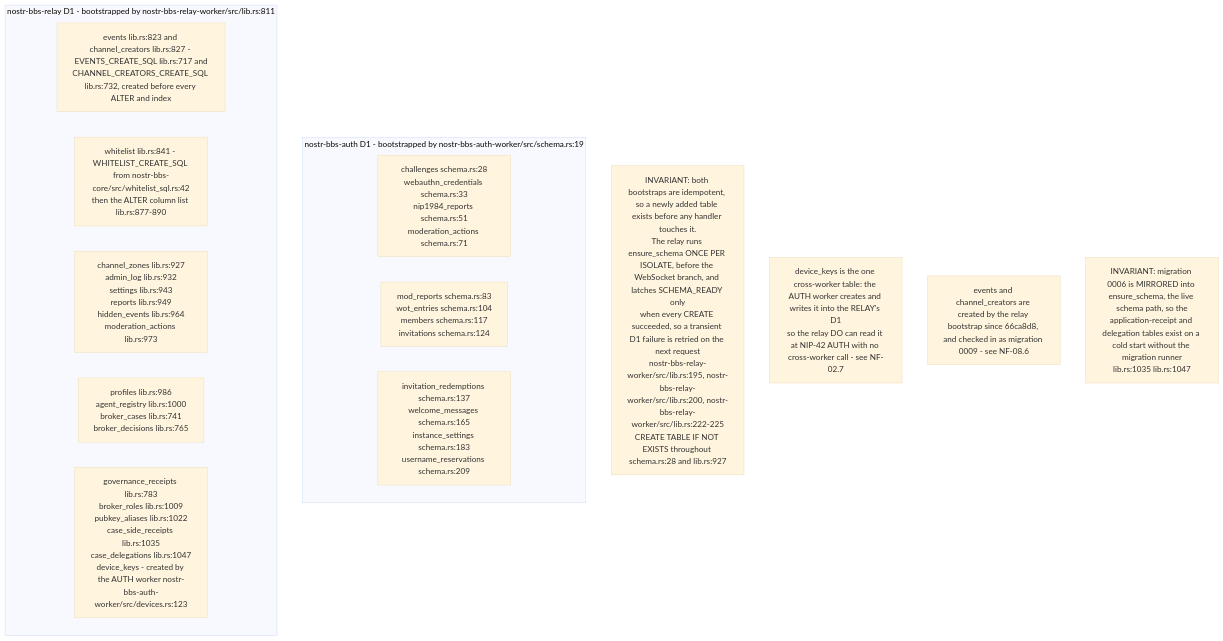
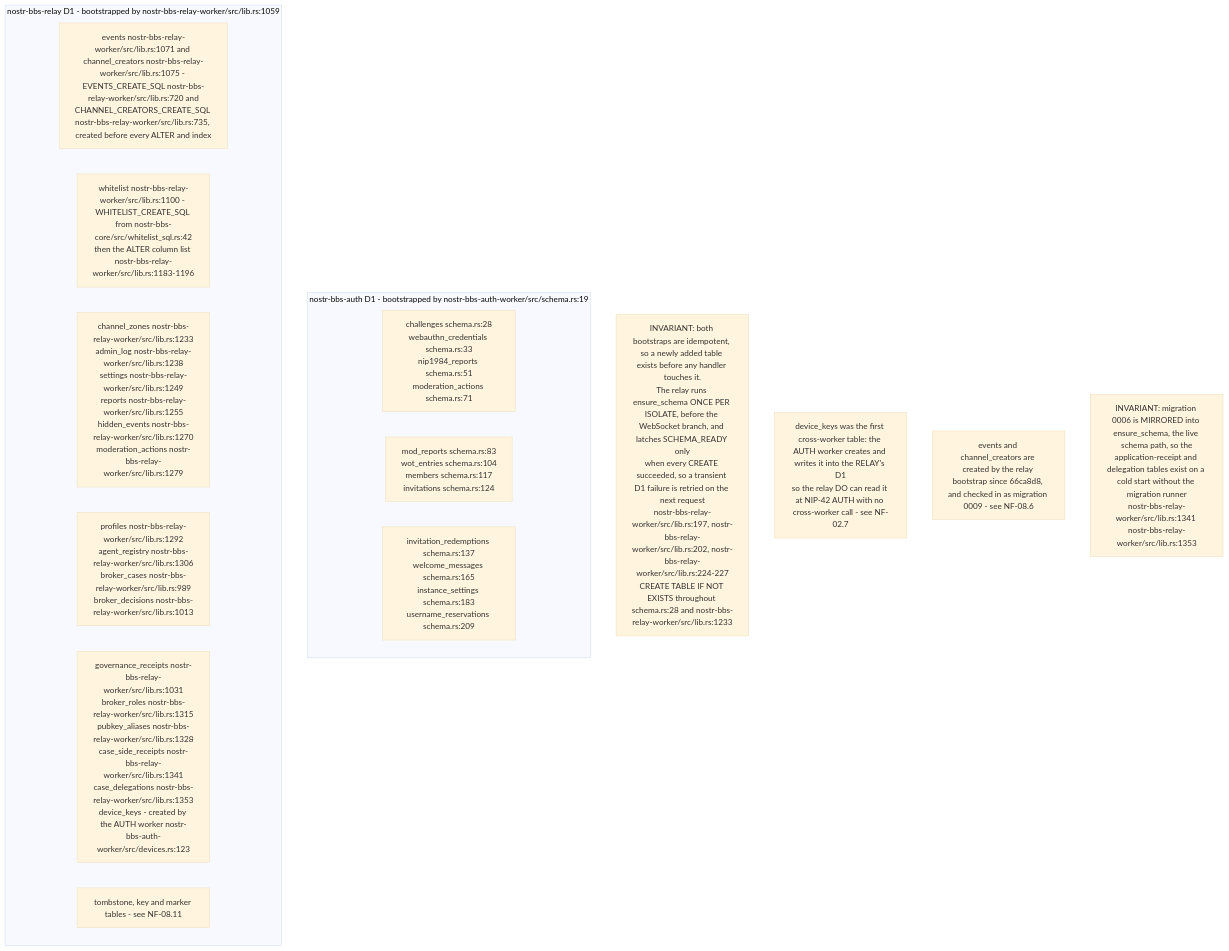
One commit to DreamLab-AI/VisionFlow changed the fifth of 11 diagrams in docs/diagrams/nostr-rust-forum/08-config-zones-stores-and-admin-authority.md. Above: the diagram before and after it, drawn with Mermaid (base theme). The commit also changed other lines of this file and 1 other file, not shown here.

First line of the commit message:
docs(diagrams): NF-08 and NF-25 re-verified at nostr-rust-forum af4f0d5

````diff
--- a/docs/diagrams/nostr-rust-forum/08-config-zones-stores-and-admin-authority.md
+++ b/docs/diagrams/nostr-rust-forum/08-config-zones-stores-and-admin-authority.md
@@ -175,20 +184,21 @@
 ```mermaid
 flowchart TB
     subgraph authd1["nostr-bbs-auth D1 - bootstrapped by nostr-bbs-auth-worker/src/schema.rs:19"]
         A1["challenges schema.rs:28<br/>webauthn_credentials schema.rs:33<br/>nip1984_reports schema.rs:51<br/>moderation_actions schema.rs:71"]
         A2["mod_reports schema.rs:83<br/>wot_entries schema.rs:104<br/>members schema.rs:117<br/>invitations schema.rs:124"]
         A3["invitation_redemptions schema.rs:137<br/>welcome_messages schema.rs:165<br/>instance_settings schema.rs:183<br/>username_reservations schema.rs:209"]
     end
-    subgraph relayd1["nostr-bbs-relay D1 - bootstrapped by nostr-bbs-relay-worker/src/lib.rs:811"]
-        RE["events lib.rs:823 and channel_creators lib.rs:827 - EVENTS_CREATE_SQL lib.rs:717 and<br/>CHANNEL_CREATORS_CREATE_SQL lib.rs:732, created before every ALTER and index"]
-        R0["whitelist lib.rs:841 - WHITELIST_CREATE_SQL from nostr-bbs-core/src/whitelist_sql.rs:42<br/>then the ALTER column list lib.rs:877-890"]
-        R1["channel_zones lib.rs:927<br/>admin_log lib.rs:932<br/>settings lib.rs:943<br/>reports lib.rs:949<br/>hidden_events lib.rs:964<br/>moderation_actions lib.rs:973"]
-        R2["profiles lib.rs:986<br/>agent_registry lib.rs:1000<br/>broker_cases lib.rs:741<br/>broker_decisions lib.rs:765"]
-        R3["governance_receipts lib.rs:783<br/>broker_roles lib.rs:1009<br/>pubkey_aliases lib.rs:1022<br/>case_side_receipts lib.rs:1035<br/>case_delegations lib.rs:1047<br/>device_keys - created by the AUTH worker nostr-bbs-auth-worker/src/devices.rs:123"]
+    subgraph relayd1["nostr-bbs-relay D1 - bootstrapped by nostr-bbs-relay-worker/src/lib.rs:1059"]
+        RE["events nostr-bbs-relay-worker/src/lib.rs:1071 and channel_creators nostr-bbs-relay-worker/src/lib.rs:1075 - EVENTS_CREATE_SQL nostr-bbs-relay-worker/src/lib.rs:720 and<br/>CHANNEL_CREATORS_CREATE_SQL nostr-bbs-relay-worker/src/lib.rs:735, created before every ALTER and index"]
+        R0["whitelist nostr-bbs-relay-worker/src/lib.rs:1100 - WHITELIST_CREATE_SQL from nostr-bbs-core/src/whitelist_sql.rs:42<br/>then the ALTER column list nostr-bbs-relay-worker/src/lib.rs:1183-1196"]
+        R1["channel_zones nostr-bbs-relay-worker/src/lib.rs:1233<br/>admin_log nostr-bbs-relay-worker/src/lib.rs:1238<br/>settings nostr-bbs-relay-worker/src/lib.rs:1249<br/>reports nostr-bbs-relay-worker/src/lib.rs:1255<br/>hidden_events nostr-bbs-relay-worker/src/lib.rs:1270<br/>moderation_actions nostr-bbs-relay-worker/src/lib.rs:1279"]
+        R2["profiles nostr-bbs-relay-worker/src/lib.rs:1292<br/>agent_registry nostr-bbs-relay-worker/src/lib.rs:1306<br/>broker_cases nostr-bbs-relay-worker/src/lib.rs:989<br/>broker_decisions nostr-bbs-relay-worker/src/lib.rs:1013"]
+        R3["governance_receipts nostr-bbs-relay-worker/src/lib.rs:1031<br/>broker_roles nostr-bbs-relay-worker/src/lib.rs:1315<br/>pubkey_aliases nostr-bbs-relay-worker/src/lib.rs:1328<br/>case_side_receipts nostr-bbs-relay-worker/src/lib.rs:1341<br/>case_delegations nostr-bbs-relay-worker/src/lib.rs:1353<br/>device_keys - created by the AUTH worker nostr-bbs-auth-worker/src/devices.rs:123"]
+        R4["tombstone, key and marker tables - see NF-08.11"]
     end
 
-    N1["INVARIANT: both bootstraps are idempotent, so a newly added table exists before any handler touches it.<br/>The relay runs ensure_schema ONCE PER ISOLATE, before the WebSocket branch, and latches SCHEMA_READY only<br/>when every CREATE succeeded, so a transient D1 failure is retried on the next request<br/>nostr-bbs-relay-worker/src/lib.rs:195, nostr-bbs-relay-worker/src/lib.rs:200, nostr-bbs-relay-worker/src/lib.rs:222-225<br/>CREATE TABLE IF NOT EXISTS throughout schema.rs:28 and lib.rs:927"]
-    N2["device_keys is the one cross-worker table: the AUTH worker creates and writes it into the RELAY's D1<br/>so the relay DO can read it at NIP-42 AUTH with no cross-worker call - see NF-02.7"]
+    N1["INVARIANT: both bootstraps are idempotent, so a newly added table exists before any handler touches it.<br/>The relay runs ensure_schema ONCE PER ISOLATE, before the WebSocket branch, and latches SCHEMA_READY only<br/>when every CREATE succeeded, so a transient D1 failure is retried on the next request<br/>nostr-bbs-relay-worker/src/lib.rs:197, nostr-bbs-relay-worker/src/lib.rs:202, nostr-bbs-relay-worker/src/lib.rs:224-227<br/>CREATE TABLE IF NOT EXISTS throughout schema.rs:28 and nostr-bbs-relay-worker/src/lib.rs:1233"]
+    N2["device_keys was the first cross-worker table: the AUTH worker creates and writes it into the RELAY's D1<br/>so the relay DO can read it at NIP-42 AUTH with no cross-worker call - see NF-02.7"]
     N3["events and channel_creators are created by the relay bootstrap since 66ca8d8, and checked in as migration 0009 - see NF-08.6"]
-    N4["INVARIANT: migration 0006 is MIRRORED into ensure_schema, the live schema path, so the<br/>application-receipt and delegation tables exist on a cold start without the migration runner<br/>lib.rs:1035 lib.rs:1047"]
+    N4["INVARIANT: migration 0006 is MIRRORED into ensure_schema, the live schema path, so the<br/>application-receipt and delegation tables exist on a cold start without the migration runner<br/>nostr-bbs-relay-worker/src/lib.rs:1341 nostr-bbs-relay-worker/src/lib.rs:1353"]
 ```
````
